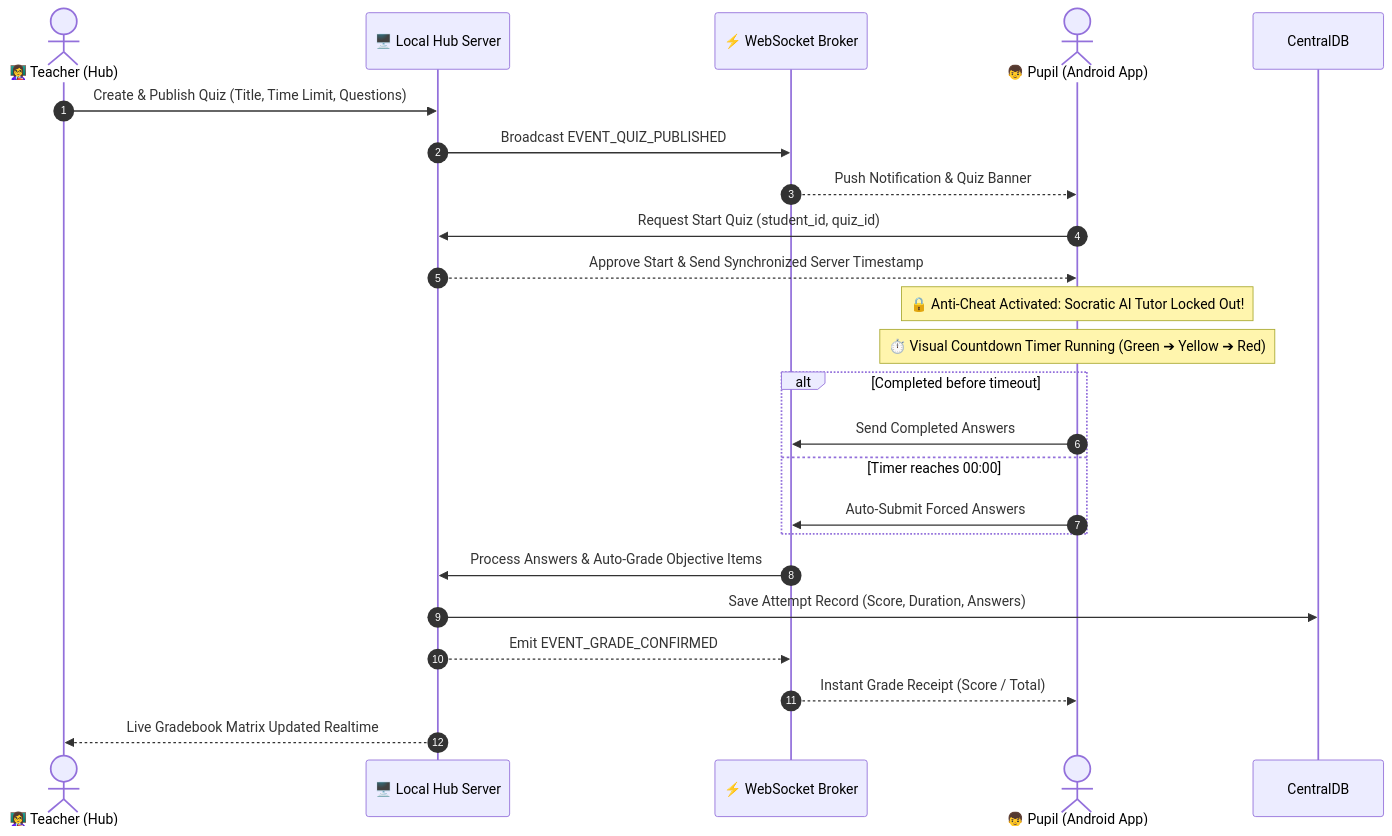
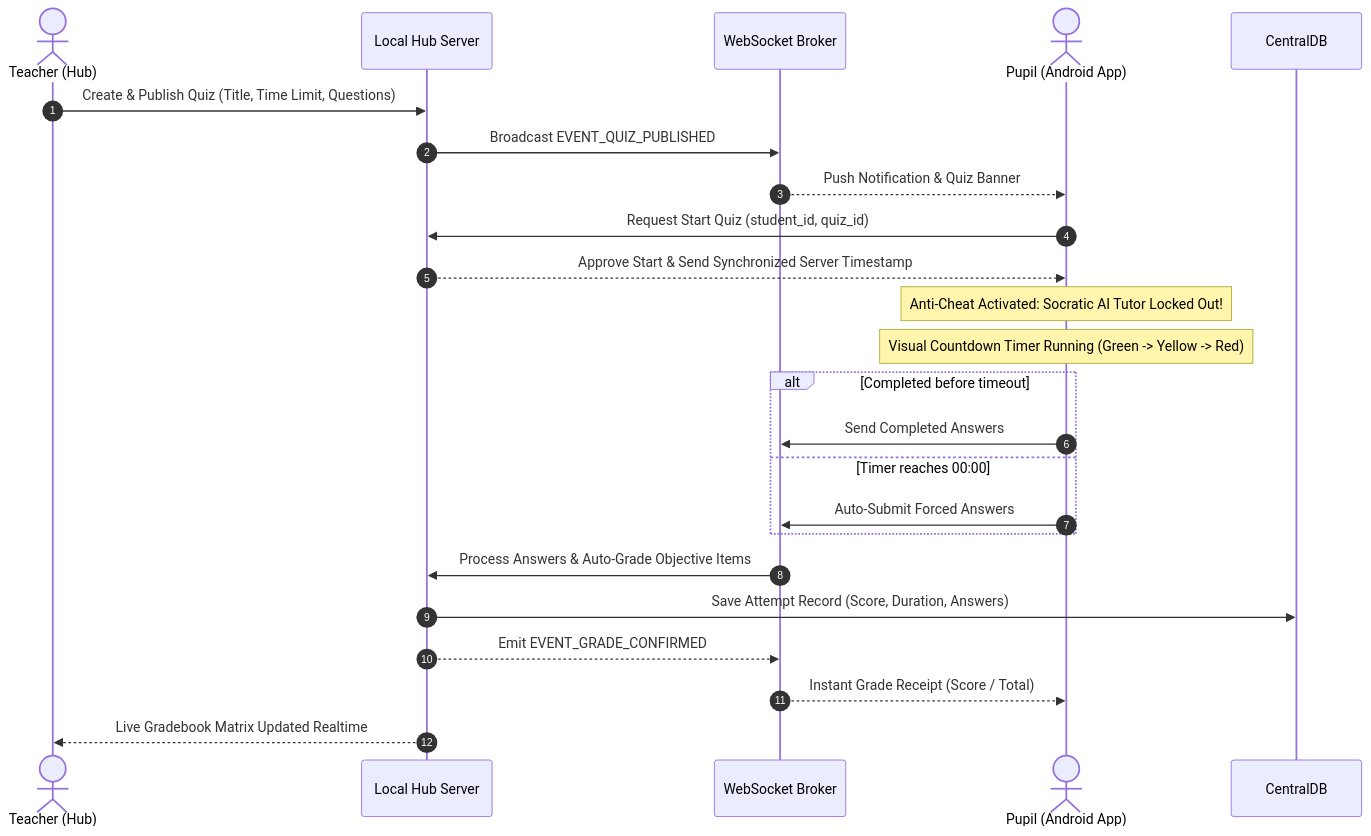
One commit to BootlegYouki/AraLokal changed the second of 3 diagrams in README.md. Above: the diagram before and after it, drawn with Mermaid. The commit also changed other lines of this file and 1 other file, not shown here.

Commit message:
refactor: rename to AraLokal, expand scope to Grades 1-6, remove all emojis, clean Mermaid syntax

````diff
--- a/README.md
+++ b/README.md
@@ -67,26 +67,26 @@
 ```mermaid
 sequenceDiagram
-    autonumber
-    actor Teacher as 👩‍🏫 Teacher (Hub)
-    participant Hub as 🖥️ Local Hub Server
-    participant WS as ⚡ WebSocket Broker
-    actor Pupil as 👦 Pupil (Android App)
+ autonumber
+ actor Teacher as Teacher (Hub)
+ participant Hub as Local Hub Server
+ participant WS as WebSocket Broker
+ actor Pupil as Pupil (Android App)
 
-    Teacher->>Hub: Create & Publish Quiz (Title, Time Limit, Questions)
-    Hub->>WS: Broadcast EVENT_QUIZ_PUBLISHED
-    WS-->>Pupil: Push Notification & Quiz Banner
-    Pupil->>Hub: Request Start Quiz (student_id, quiz_id)
-    Hub-->>Pupil: Approve Start & Send Synchronized Server Timestamp
-    Note over Pupil: 🔒 Anti-Cheat Activated: Socratic AI Tutor Locked Out!
-    Note over Pupil: ⏱️ Visual Countdown Timer Running (Green ➔ Yellow ➔ Red)
-    alt Completed before timeout
-        Pupil->>WS: Send Completed Answers
-    else Timer reaches 00:00
-        Pupil->>WS: Auto-Submit Forced Answers
-    end
-    WS->>Hub: Process Answers & Auto-Grade Objective Items
-    Hub->>CentralDB: Save Attempt Record (Score, Duration, Answers)
-    Hub-->>WS: Emit EVENT_GRADE_CONFIRMED
-    WS-->>Pupil: Instant Grade Receipt (Score / Total)
-    Hub-->>Teacher: Live Gradebook Matrix Updated Realtime
+ Teacher->>Hub: Create & Publish Quiz (Title, Time Limit, Questions)
+ Hub->>WS: Broadcast EVENT_QUIZ_PUBLISHED
+ WS-->>Pupil: Push Notification & Quiz Banner
+ Pupil->>Hub: Request Start Quiz (student_id, quiz_id)
+ Hub-->>Pupil: Approve Start & Send Synchronized Server Timestamp
+ Note over Pupil: Anti-Cheat Activated: Socratic AI Tutor Locked Out!
+ Note over Pupil: Visual Countdown Timer Running (Green -> Yellow -> Red)
+ alt Completed before timeout
+ Pupil->>WS: Send Completed Answers
+ else Timer reaches 00:00
+ Pupil->>WS: Auto-Submit Forced Answers
+ end
+ WS->>Hub: Process Answers & Auto-Grade Objective Items
+ Hub->>CentralDB: Save Attempt Record (Score, Duration, Answers)
+ Hub-->>WS: Emit EVENT_GRADE_CONFIRMED
+ WS-->>Pupil: Instant Grade Receipt (Score / Total)
+ Hub-->>Teacher: Live Gradebook Matrix Updated Realtime
 ```
````
